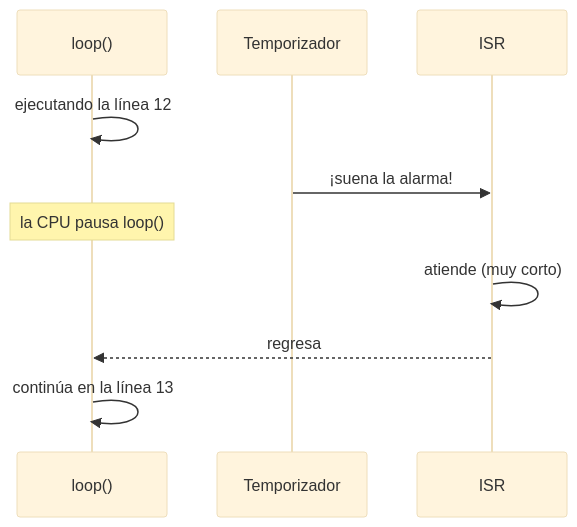
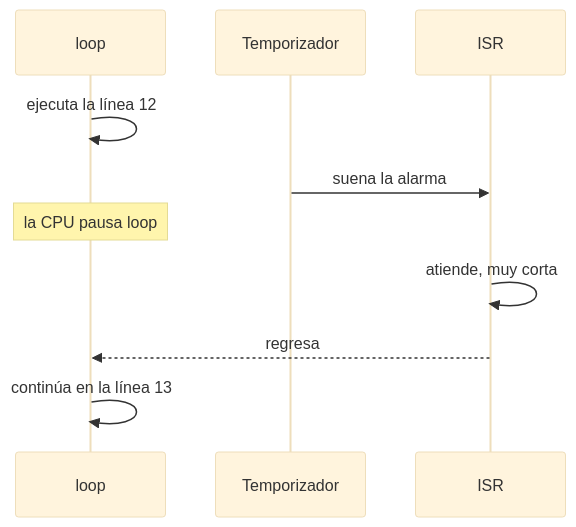
One commit to AlejandroTatum/sistemas-digitales-unl changed the sixth of 7 diagrams in unidad-1/apuntes/05-temporizadores.md. Above: the diagram before and after it, drawn with Mermaid (base theme). The commit also changed other lines of this file and 16 other files, not shown here.

````diff
--- a/unidad-1/apuntes/05-temporizadores.md
+++ b/unidad-1/apuntes/05-temporizadores.md
@@ -215,12 +186,12 @@
 ```mermaid
 sequenceDiagram
-    participant L as loop()
+    participant L as loop
     participant T as Temporizador
     participant I as ISR
-    L->>L: ejecutando la línea 12
-    T->>I: ¡suena la alarma!
-    Note over L: la CPU pausa loop()
-    I->>I: atiende (muy corto)
+    L->>L: ejecuta la línea 12
+    T->>I: suena la alarma
+    Note over L: la CPU pausa loop
+    I->>I: atiende, muy corta
     I-->>L: regresa
     L->>L: continúa en la línea 13
 ```
````
